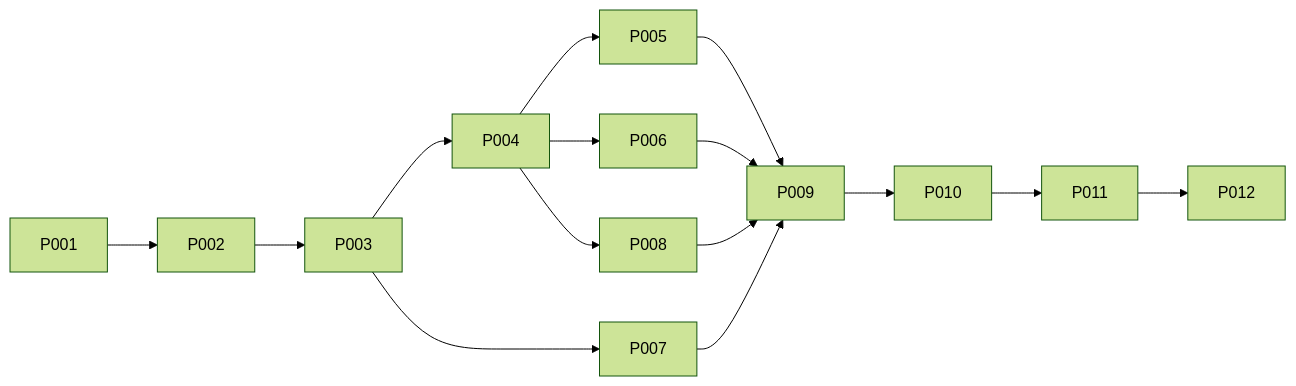
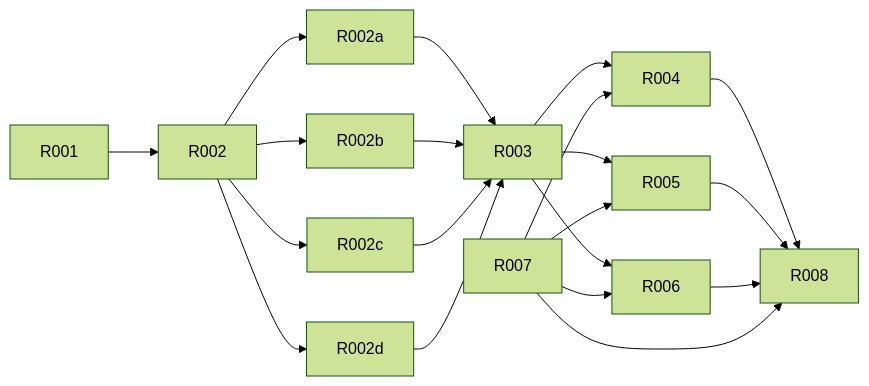
The diagram in docs/route-migration/plan/README.md (poprako-dev/poprako-web), drawn with Mermaid (forest theme) before and after one commit. The commit also changed other lines of this file and 876 other files, not shown here.

First line of the commit message:
refactor(route): migrate app modules to route architecture

````diff
--- a/docs/route-migration/plan/README.md
+++ b/docs/route-migration/plan/README.md
@@ -10,14 +11,22 @@
 ```mermaid
 flowchart LR
- P001 --> P002 --> P003
- P003 --> P004
- P003 --> P007
- P004 --> P005
- P004 --> P006
- P004 --> P008
- P005 --> P009
- P006 --> P009
- P007 --> P009
- P008 --> P009
- P009 --> P010 --> P011 --> P012
+  R001 --> R002
+  R002 --> R002a
+  R002 --> R002b
+  R002 --> R002c
+  R002 --> R002d
+  R002a --> R003
+  R002b --> R003
+  R002c --> R003
+  R002d --> R003
+  R003 --> R004
+  R003 --> R005
+  R003 --> R006
+  R007 --> R004
+  R007 --> R005
+  R007 --> R006
+  R004 --> R008
+  R005 --> R008
+  R006 --> R008
+  R007 --> R008
 ```
````
